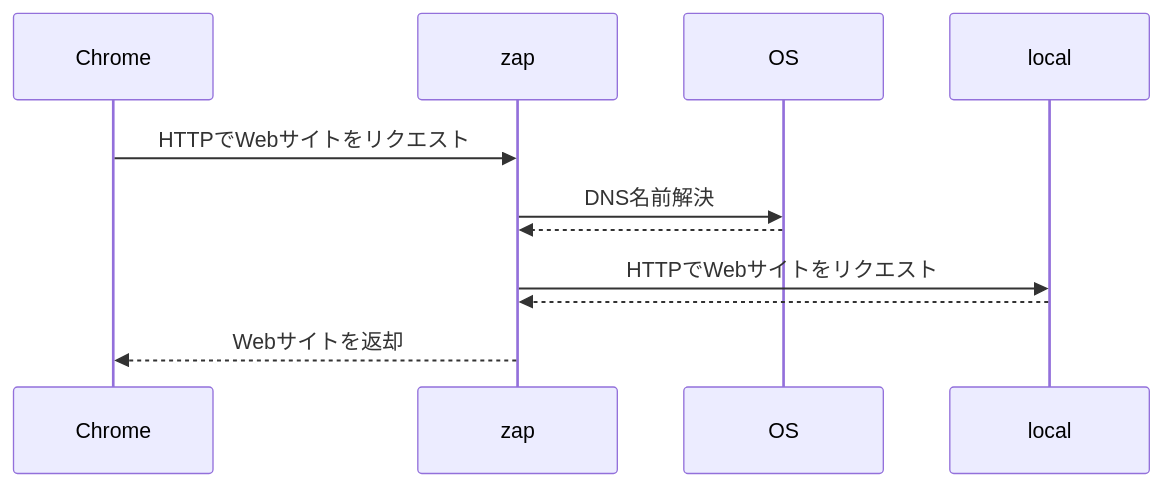
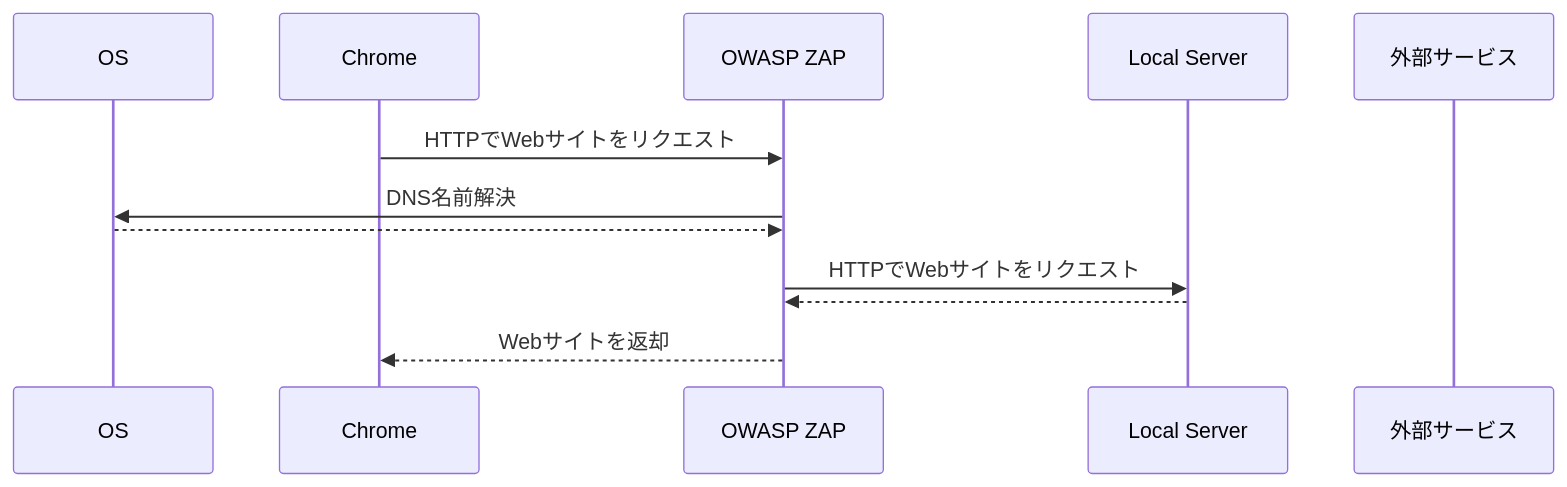
Before and after one commit to xhiroga/zenn-content: the diagram in articles/owasp-zap-localhost-subdomain.md, drawn with Mermaid.

Commit message:
chore: participantを戻す

````diff
--- a/articles/owasp-zap-localhost-subdomain.md
+++ b/articles/owasp-zap-localhost-subdomain.md
@@ -44,9 +38,15 @@
 ```mermaid
 sequenceDiagram
+    participant OS
+    participant Chrome
+    participant zap as OWASP ZAP
+    participant local as Local Server
+    participant 3rd as 外部サービス
+
     Chrome->>zap: HTTPでWebサイトをリクエスト
     zap->>OS: DNS名前解決
     OS-->>zap: 
     zap->>local: HTTPでWebサイトをリクエスト
     local-->>zap: 
     zap-->>Chrome: Webサイトを返却
 ```
````
